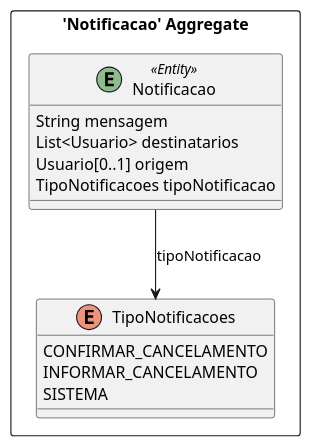
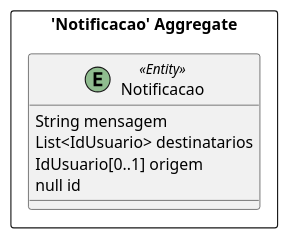
Before and after one commit to diegopluna/fds2: the diagram in src-gen/model_BC_NotificacoesContext_Notificacao.puml, drawn with PlantUML. The commit also changed 17 other files, not shown here.

```diff
--- a/src-gen/model_BC_NotificacoesContext_Notificacao.puml
+++ b/src-gen/model_BC_NotificacoesContext_Notificacao.puml
@@ -1,21 +1,15 @@
 @startuml
 
 skinparam componentStyle uml2
 
 package "'Notificacao' Aggregate" <<Rectangle>> {
-	enum TipoNotificacoes {
-		CONFIRMAR_CANCELAMENTO
-		INFORMAR_CANCELAMENTO
-		SISTEMA
-	}
 	class Notificacao <<(E,DarkSeaGreen) Entity>> {
 		String mensagem
-		List<Usuario> destinatarios
-		Usuario[0..1] origem
-		TipoNotificacoes tipoNotificacao
+		List<IdUsuario> destinatarios
+		IdUsuario[0..1] origem
+		null id
 	}
 }
-Notificacao --> TipoNotificacoes : tipoNotificacao
 
 
 @enduml
```
